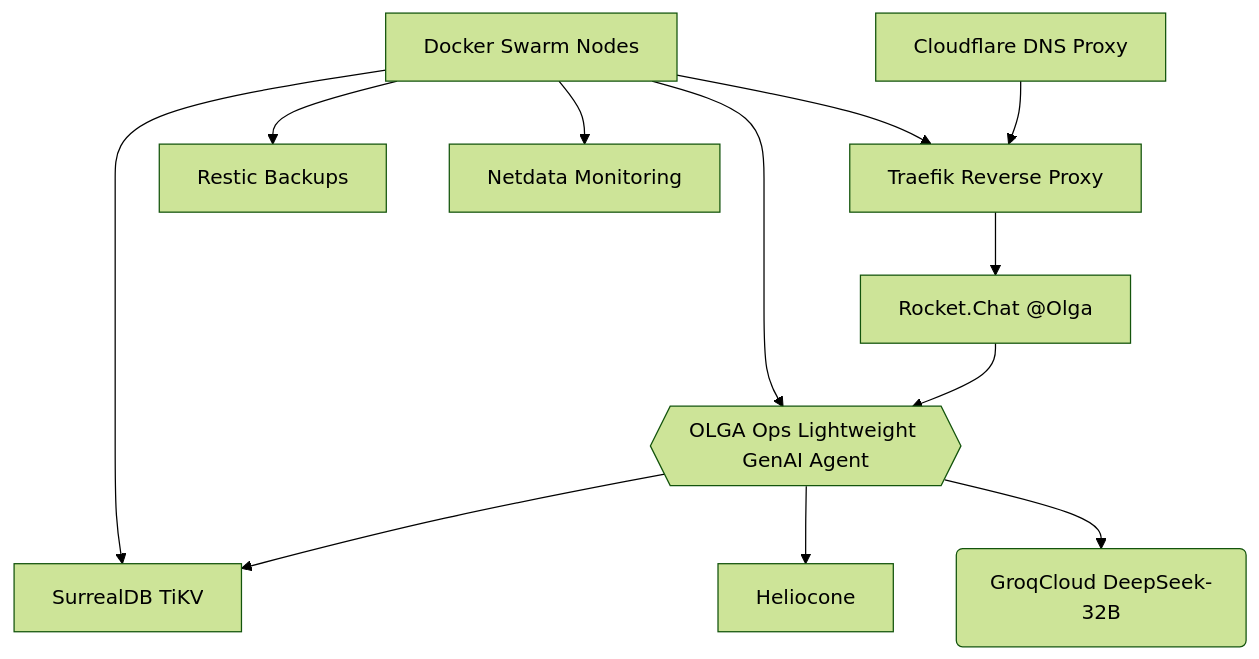
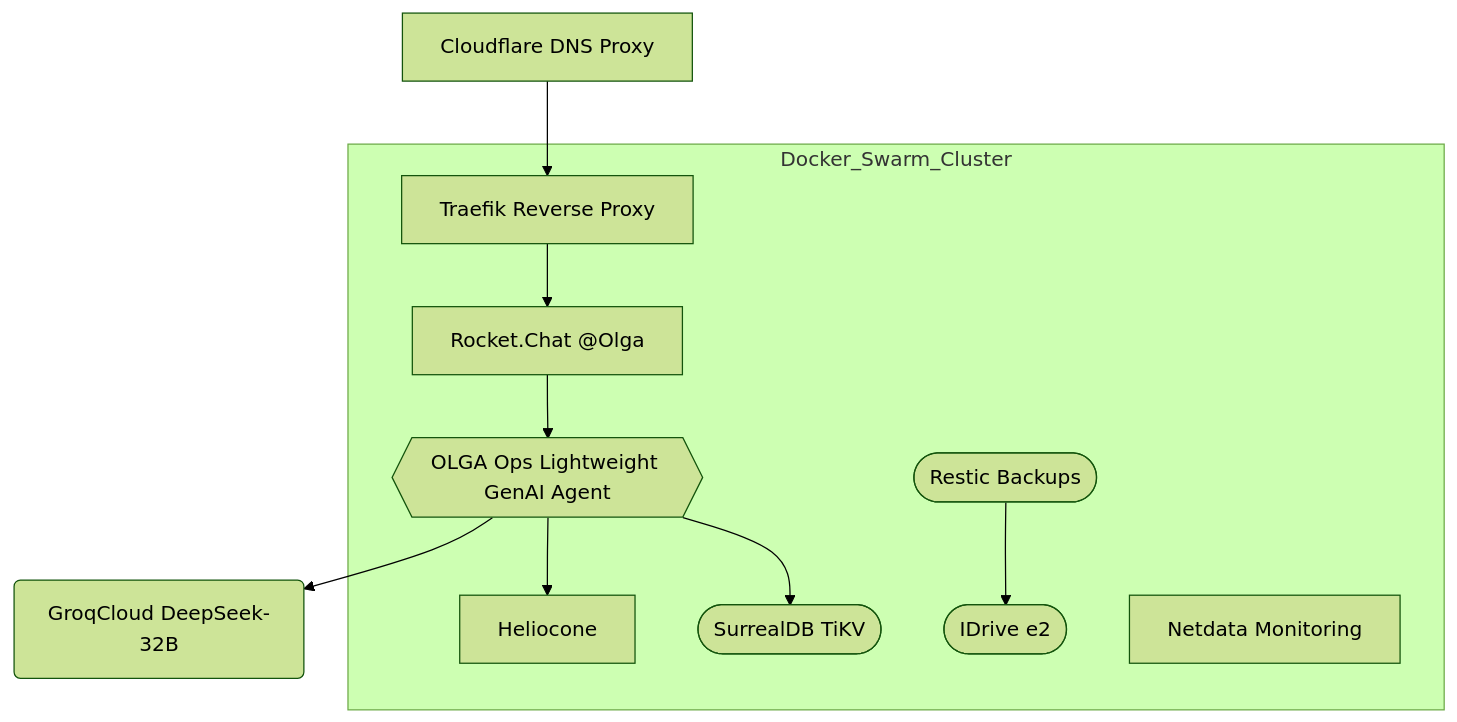
Before and after one commit to deepbrainspace/deepbrain-stack: the second of 4 diagrams in projects/bnb/v6-b.md, drawn with Mermaid (forest theme). The commit also changed other lines of this file, not shown here.

````diff
--- a/projects/bnb/v6-b.md
+++ b/projects/bnb/v6-b.md
@@ -48,14 +50,13 @@
 ```mermaid
 flowchart TD
     U[Cloudflare DNS Proxy] --> E[Traefik Reverse Proxy]
-    E --> A[Rocket.Chat @Olga]
-    A --> B{{OLGA Ops Lightweight GenAI Agent}}
-    B --> C[SurrealDB TiKV]
-    B --> F[Heliocone]
+    subgraph Docker_Swarm_Cluster
+        E --> A[Rocket.Chat @Olga]
+        A --> B{{OLGA Ops Lightweight GenAI Agent}}
+        B --> C([SurrealDB TiKV])
+        B --> F[Heliocone]
+        R([Restic Backups]) --> I([IDrive e2])
+        S[Netdata Monitoring]
+    end
     B --> T(GroqCloud DeepSeek-32B)
-    Q[Docker Swarm Nodes] --> E
-    Q --> C
-    Q --> B
-    Q --> R[Restic Backups]
-    Q --> S[Netdata Monitoring]
 ```
````
